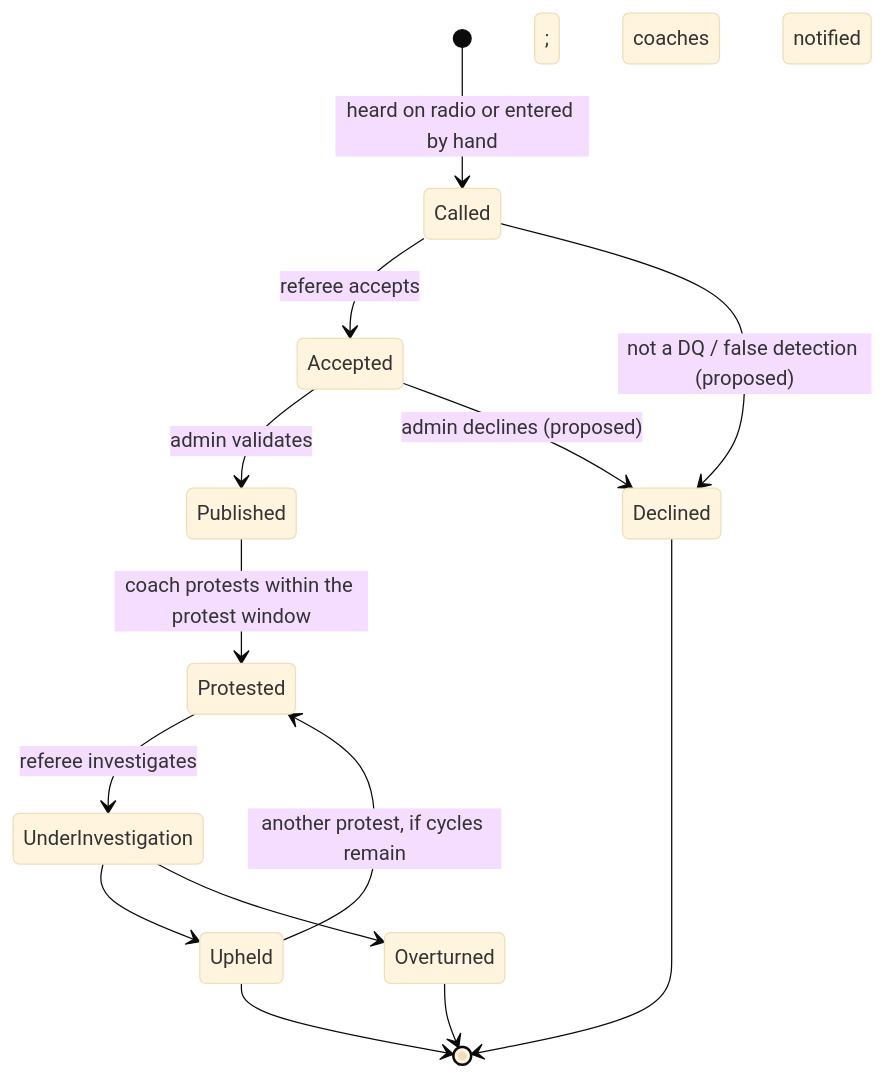
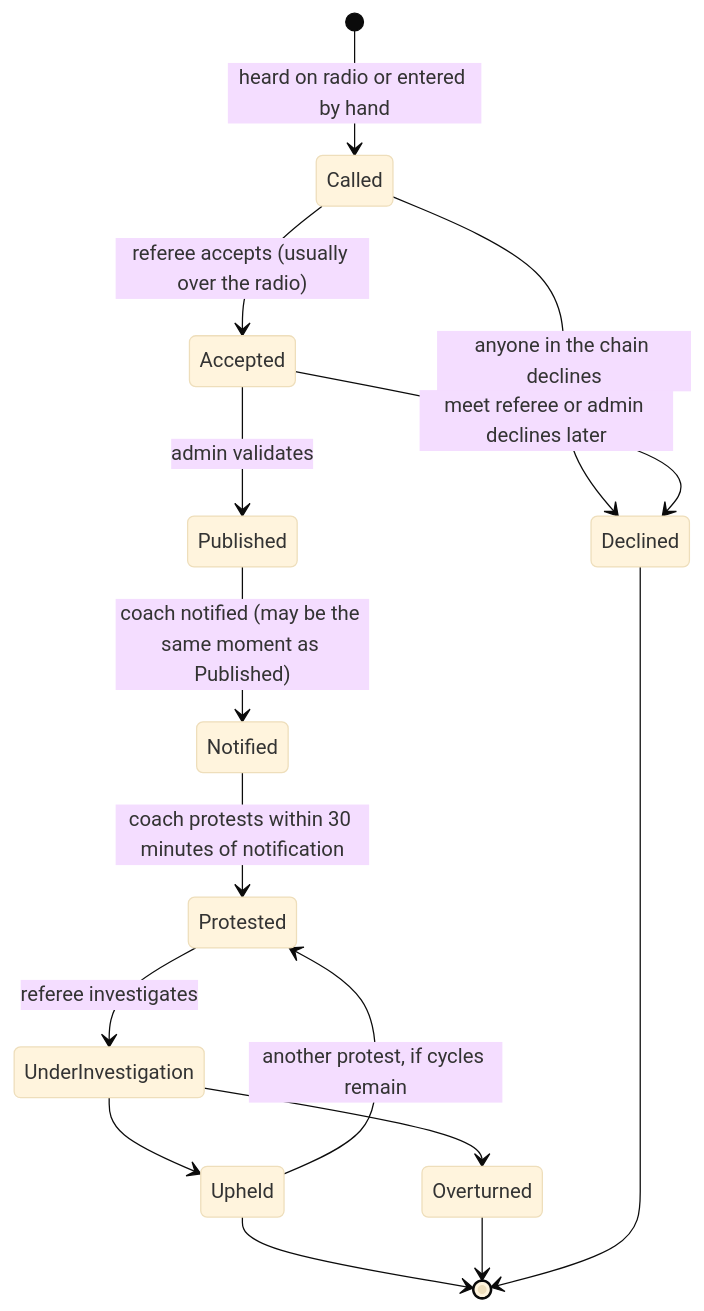
Before and after one commit to mizraith/dq_transcribe: the second of 2 diagrams in ai_docs/product_plan.md, drawn with Mermaid (base theme). The commit also changed other lines of this file and 1 other file, not shown here.

First line of the commit message:
Update product plan with owner answers on local models, declining and protest window

````diff
--- a/ai_docs/product_plan.md
+++ b/ai_docs/product_plan.md
@@ -96,16 +111,17 @@
 ```mermaid
 stateDiagram-v2
     [*] --> Called: heard on radio or entered by hand
-    Called --> Accepted: referee accepts
-    Called --> Declined: not a DQ / false detection (proposed)
-    Accepted --> Published: admin validates; coaches notified
-    Accepted --> Declined: admin declines (proposed)
-    Published --> Protested: coach protests within the protest window
+    Called --> Accepted: referee accepts (usually over the radio)
+    Called --> Declined: anyone in the chain declines
+    Accepted --> Declined: meet referee or admin declines later
+    Accepted --> Published: admin validates
+    Published --> Notified: coach notified (may be the same moment as Published)
+    Notified --> Protested: coach protests within 30 minutes of notification
     Protested --> UnderInvestigation: referee investigates
     UnderInvestigation --> Upheld
     UnderInvestigation --> Overturned
     Upheld --> Protested: another protest, if cycles remain
     Upheld --> [*]
     Overturned --> [*]
     Declined --> [*]
 ```
````
